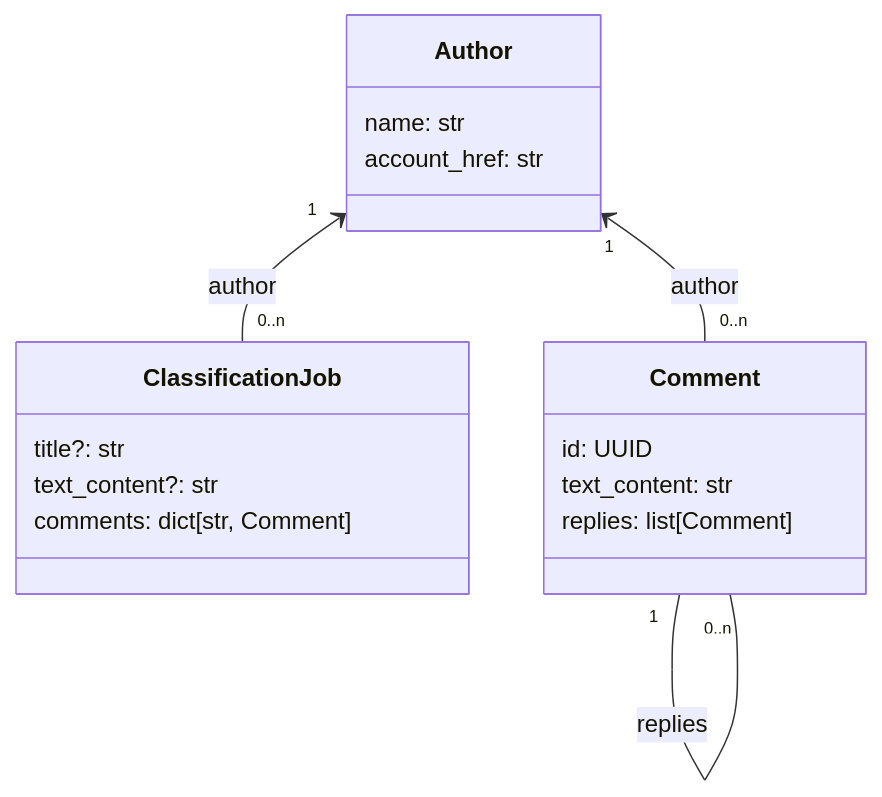
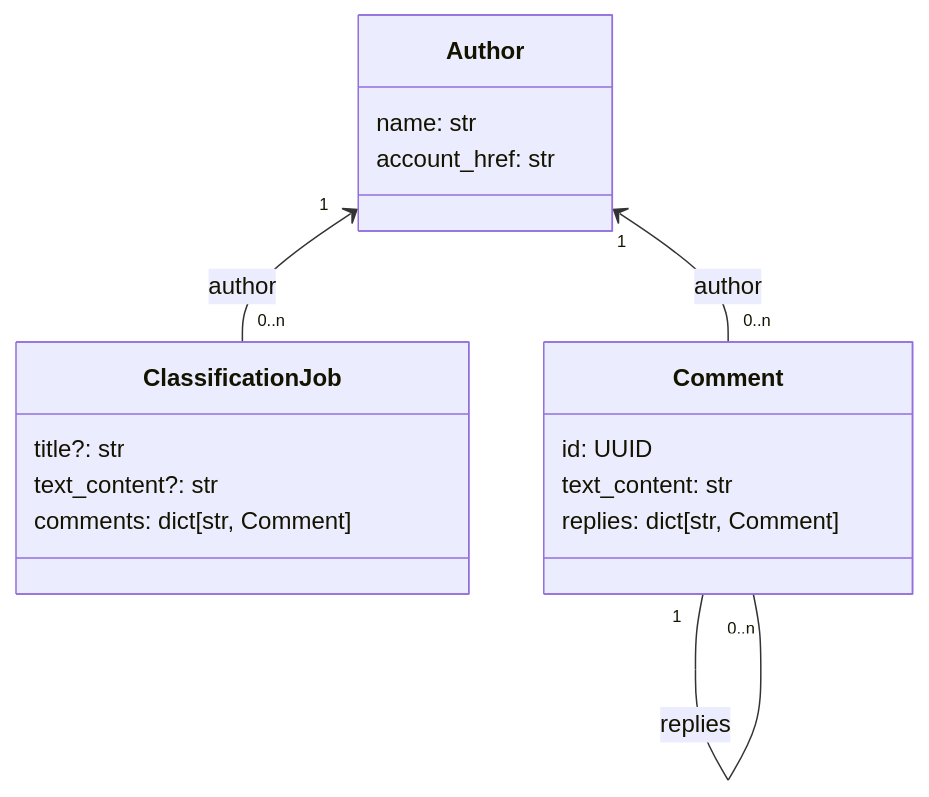
Before and after one commit to dataforgoodfr/14_BalanceTesHaters: the first of 3 diagrams in docs/backend/api.md, drawn with Mermaid. The commit also changed other lines of this file, not shown here.

````diff
--- a/docs/backend/api.md
+++ b/docs/backend/api.md
@@ -6,22 +6,22 @@
 ```mermaid
 classDiagram
     class Author {
         name: str
         account_href: str
     }
 
     class ClassificationJob {
         title?: str
         text_content?: str
         comments: dict[str, Comment]
     }
     Author "1" <-- "0..n" ClassificationJob : author
 
     class Comment {
         id: UUID
         text_content: str
-        replies: list[Comment]
+        replies: dict[str, Comment]
     }
     Author "1" <-- "0..n" Comment : author
     Comment "1" -- "0..n" Comment : replies
 ```
````
